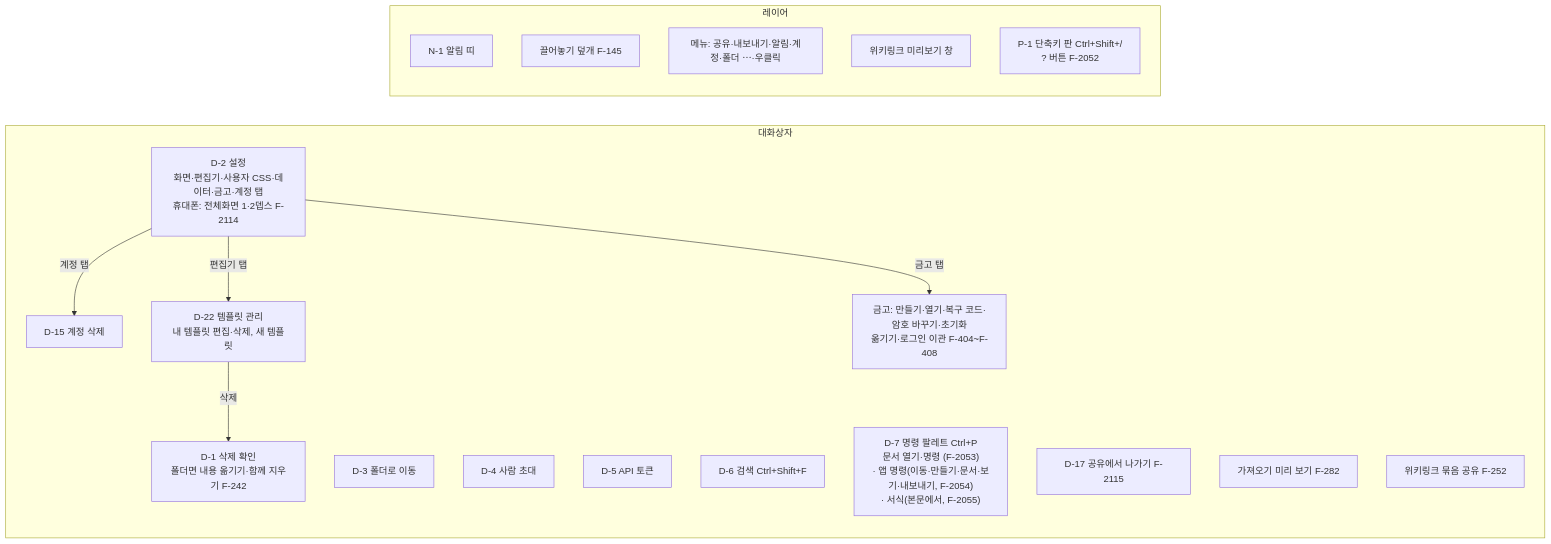
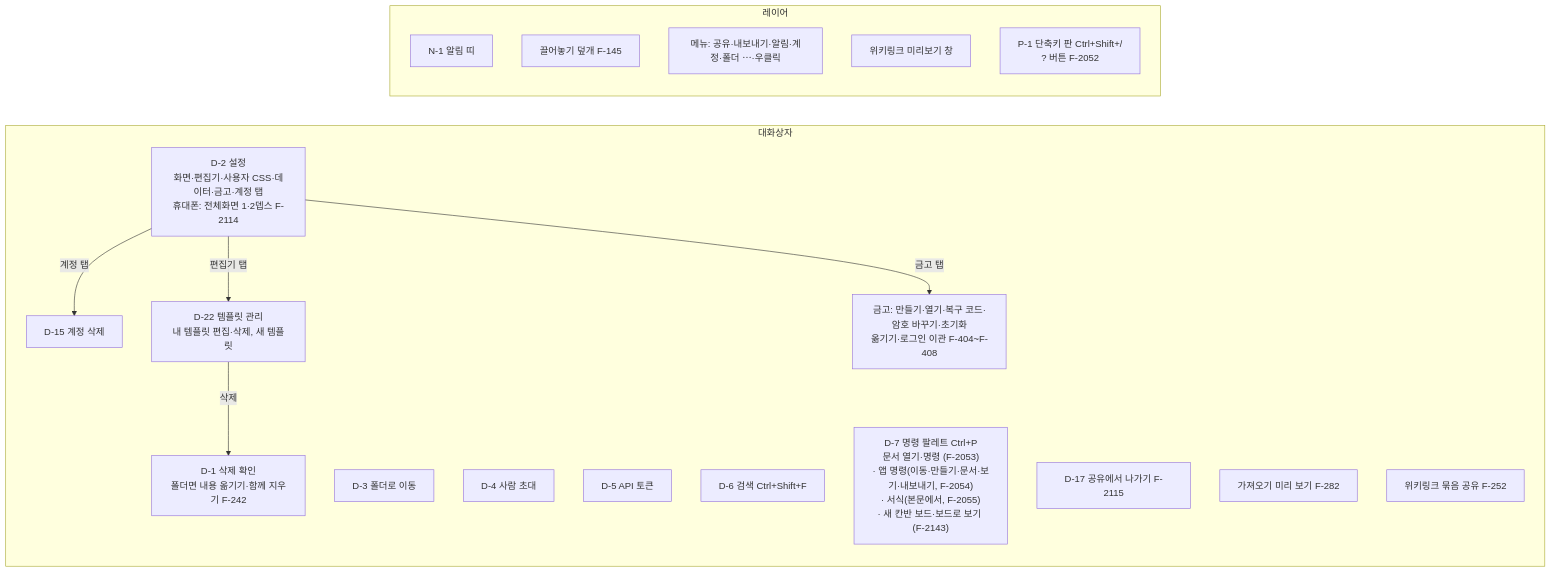
One commit to R00neyj/rawdoc changed the fourth of 5 diagrams in specs/map.md. Above: the diagram before and after it, drawn with Mermaid. The commit also changed other lines of this file and 17 other files, not shown here.

First line of the commit message:
칸반 보드 만들기 진입점과 보드로 보기 (F-2143)

````diff
--- a/specs/map.md
+++ b/specs/map.md
@@ -119,29 +119,29 @@
 ```mermaid
 flowchart LR
   subgraph dlg["대화상자"]
     D1["D-1 삭제 확인<br/>폴더면 내용 옮기기·함께 지우기 F-242"]
     D2["D-2 설정<br/>화면·편집기·사용자 CSS·데이터·금고·계정 탭<br/>휴대폰: 전체화면 1·2뎁스 F-2114"]
     D3["D-3 폴더로 이동"]
     D4["D-4 사람 초대"]
     D5["D-5 API 토큰"]
     D6["D-6 검색 Ctrl+Shift+F"]
-    D7["D-7 명령 팔레트 Ctrl+P<br/>문서 열기·명령 (F-2053)<br/>· 앱 명령(이동·만들기·문서·보기·내보내기, F-2054)<br/>· 서식(본문에서, F-2055)"]
+    D7["D-7 명령 팔레트 Ctrl+P<br/>문서 열기·명령 (F-2053)<br/>· 앱 명령(이동·만들기·문서·보기·내보내기, F-2054)<br/>· 서식(본문에서, F-2055)<br/>· 새 칸반 보드·보드로 보기 (F-2143)"]
     D15["D-15 계정 삭제"]
     D17["D-17 공유에서 나가기 F-2115"]
     D22["D-22 템플릿 관리<br/>내 템플릿 편집·삭제, 새 템플릿"]
     imp["가져오기 미리 보기 F-282"]
     set["위키링크 묶음 공유 F-252"]
     vault["금고: 만들기·열기·복구 코드·암호 바꾸기·초기화<br/>옮기기·로그인 이관 F-404~F-408"]
   end
   subgraph layer["레이어"]
     N1["N-1 알림 띠"]
     drop["끌어놓기 덮개 F-145"]
     menus["메뉴: 공유·내보내기·알림·계정·폴더 ⋯·우클릭"]
     preview["위키링크 미리보기 창"]
     P1["P-1 단축키 판 Ctrl+Shift+/<br/>? 버튼 F-2052"]
   end
   D2 -- "계정 탭" --> D15
   D2 -- "편집기 탭" --> D22
   D22 -- "삭제" --> D1
   D2 -- "금고 탭" --> vault
 ```
````
